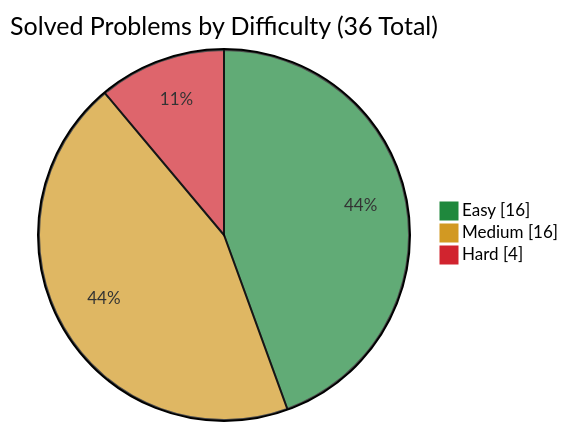
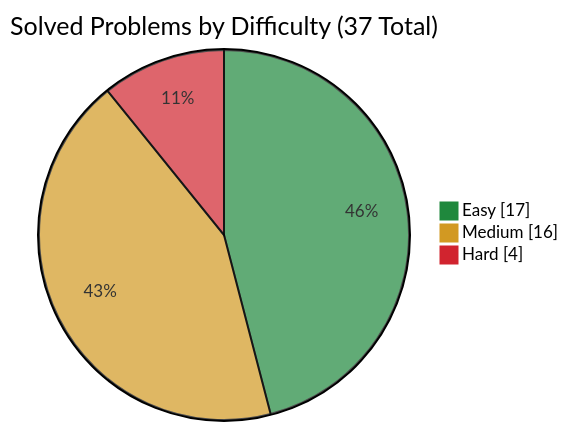
The first of 3 diagrams in README.md (simonesiega/leetcode-solutions), drawn with Mermaid before and after one commit. The commit also changed other lines of this file and 3 other files, not shown here.

````diff
--- a/README.md
+++ b/README.md
@@ -73,8 +73,8 @@
 ```mermaid
 %%{init: {"themeVariables": {"pie1": "#1f883d", "pie2": "#d29922", "pie3": "#d1242f"}}}%%
 pie showData
-    title Solved Problems by Difficulty (36 Total)
-    "Easy" : 16
+    title Solved Problems by Difficulty (37 Total)
+    "Easy" : 17
     "Medium" : 16
     "Hard" : 4
 ```
````
